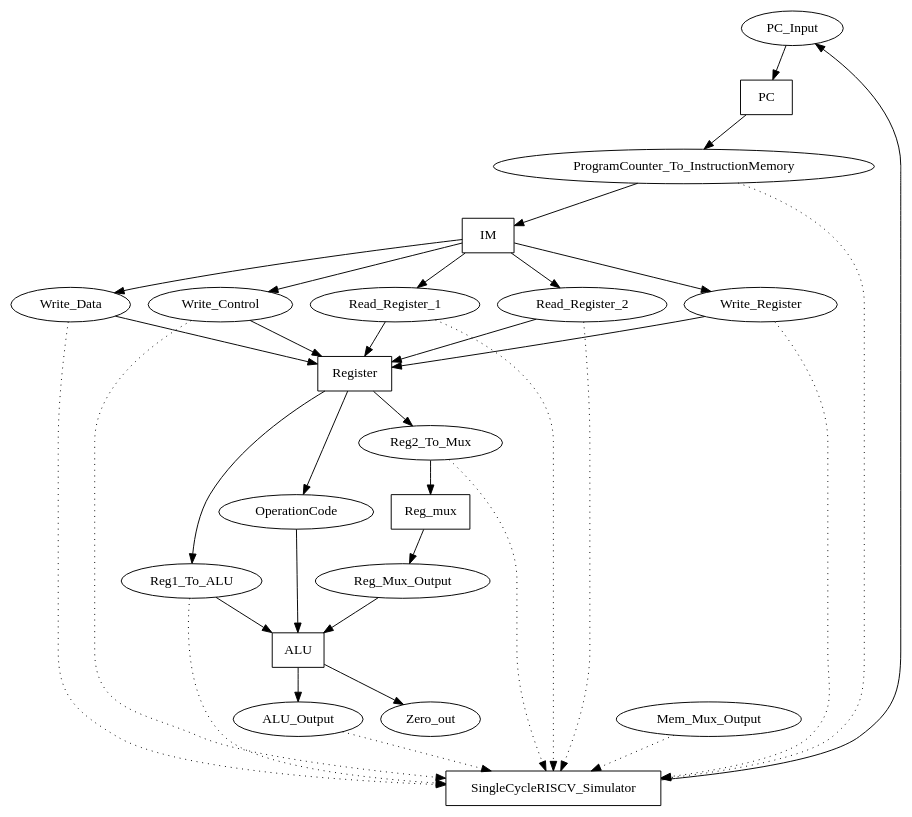
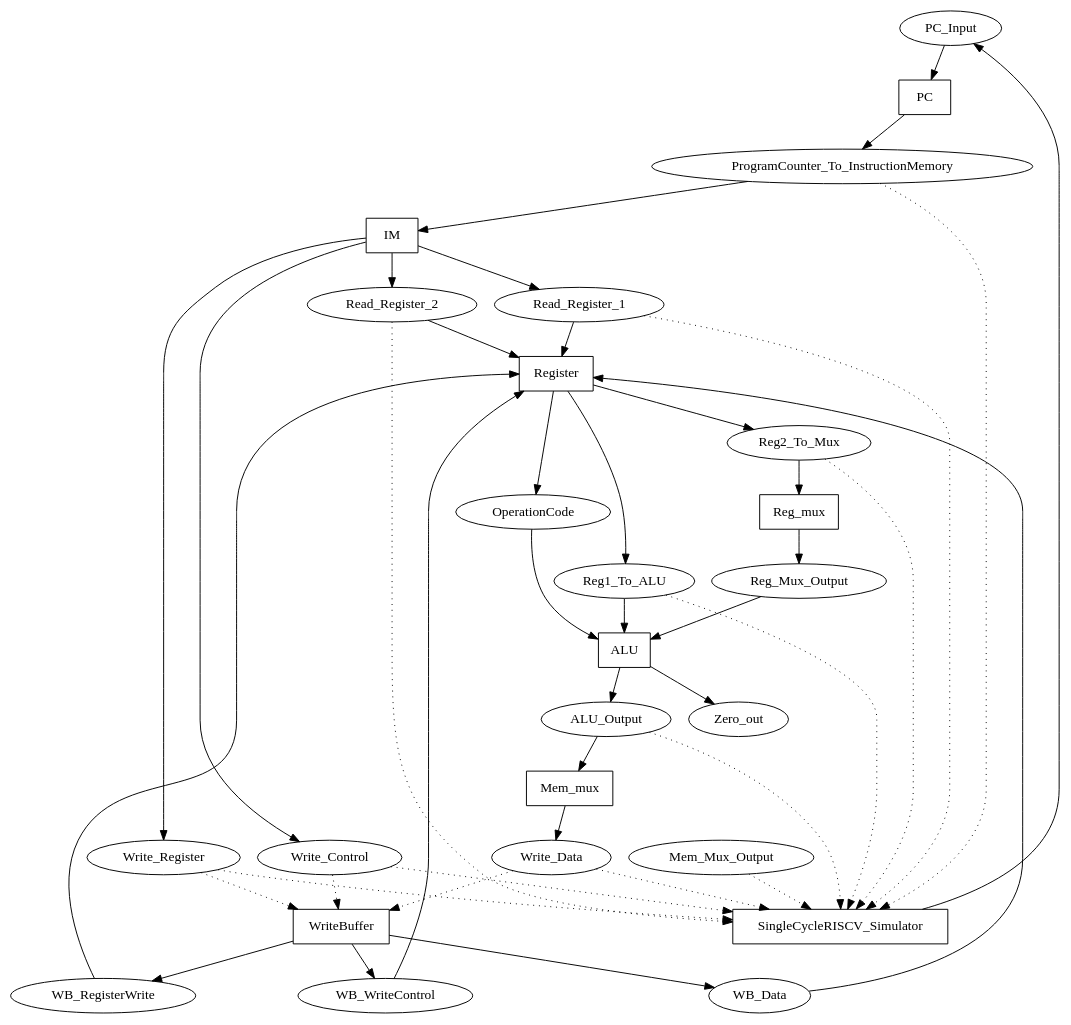
The diagram in SME_Implementations/SingleCycleRISCV/output/network.dot (DanielRamyar/Master_Thesis), drawn with Graphviz before and after one commit. The commit also changed 133 other files, not shown here.

```diff
--- a/SME_Implementations/SingleCycleRISCV/output/network.dot
+++ b/SME_Implementations/SingleCycleRISCV/output/network.dot
@@ -1,56 +1,68 @@
 digraph SingleCycleRISCV {
 "PC_Input" [shape=oval];
 "ProgramCounter_To_InstructionMemory" [shape=oval];
 "Read_Register_1" [shape=oval];
 "Read_Register_2" [shape=oval];
-"Write_Register" [shape=oval];
-"Write_Data" [shape=oval];
-"Write_Control" [shape=oval];
+"WB_Data" [shape=oval];
+"WB_RegisterWrite" [shape=oval];
+"WB_WriteControl" [shape=oval];
 "OperationCode" [shape=oval];
 "Reg1_To_ALU" [shape=oval];
 "Reg_Mux_Output" [shape=oval];
 "Reg2_To_Mux" [shape=oval];
 "ALU_Output" [shape=oval];
+"Write_Register" [shape=oval];
+"Write_Control" [shape=oval];
 "Zero_out" [shape=oval];
+"Write_Data" [shape=oval];
 "Mem_Mux_Output" [shape=oval];
 "PC" [shape=box];
 "IM" [shape=box];
 "Register" [shape=box];
 "ALU" [shape=box];
 "Reg_mux" [shape=box];
+"Mem_mux" [shape=box];
 "SingleCycleRISCV_Simulator" [shape=box];
+"WriteBuffer" [shape=box];
 "PC_Input" -> "PC";
 "ProgramCounter_To_InstructionMemory" -> "IM";
 "Read_Register_1" -> "Register";
 "Read_Register_2" -> "Register";
-"Write_Register" -> "Register";
-"Write_Data" -> "Register";
-"Write_Control" -> "Register";
+"WB_Data" -> "Register";
+"WB_RegisterWrite" -> "Register";
+"WB_WriteControl" -> "Register";
 "OperationCode" -> "ALU";
 "Reg1_To_ALU" -> "ALU";
 "Reg_Mux_Output" -> "ALU";
 "Reg2_To_Mux" -> "Reg_mux";
+"ALU_Output" -> "Mem_mux";
 "SingleCycleRISCV_Simulator" -> "PC_Input";
 "PC" -> "ProgramCounter_To_InstructionMemory";
 "IM" -> "Read_Register_1";
 "IM" -> "Read_Register_2";
 "IM" -> "Write_Register";
-"IM" -> "Write_Data";
 "IM" -> "Write_Control";
 "Register" -> "Reg1_To_ALU";
 "Register" -> "Reg2_To_Mux";
 "Register" -> "OperationCode";
 "ALU" -> "ALU_Output";
 "ALU" -> "Zero_out";
 "Reg_mux" -> "Reg_Mux_Output";
+"Mem_mux" -> "Write_Data";
+"WriteBuffer" -> "WB_Data";
+"WriteBuffer" -> "WB_RegisterWrite";
+"WriteBuffer" -> "WB_WriteControl";
 "ProgramCounter_To_InstructionMemory" -> "SingleCycleRISCV_Simulator" [style=dotted];
 "Read_Register_1" -> "SingleCycleRISCV_Simulator" [style=dotted];
 "Read_Register_2" -> "SingleCycleRISCV_Simulator" [style=dotted];
 "Write_Register" -> "SingleCycleRISCV_Simulator" [style=dotted];
+"Write_Register" -> "WriteBuffer" [style=dotted];
 "Write_Data" -> "SingleCycleRISCV_Simulator" [style=dotted];
+"Write_Data" -> "WriteBuffer" [style=dotted];
 "Write_Control" -> "SingleCycleRISCV_Simulator" [style=dotted];
+"Write_Control" -> "WriteBuffer" [style=dotted];
 "Reg1_To_ALU" -> "SingleCycleRISCV_Simulator" [style=dotted];
 "Reg2_To_Mux" -> "SingleCycleRISCV_Simulator" [style=dotted];
 "ALU_Output" -> "SingleCycleRISCV_Simulator" [style=dotted];
 "Mem_Mux_Output" -> "SingleCycleRISCV_Simulator" [style=dotted];
 }
```
